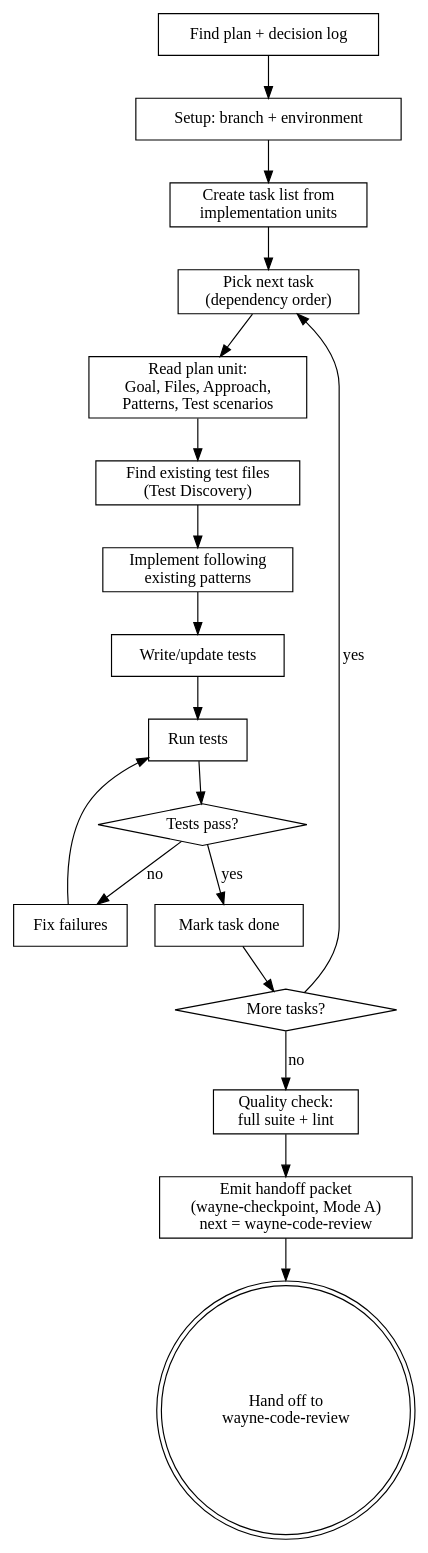
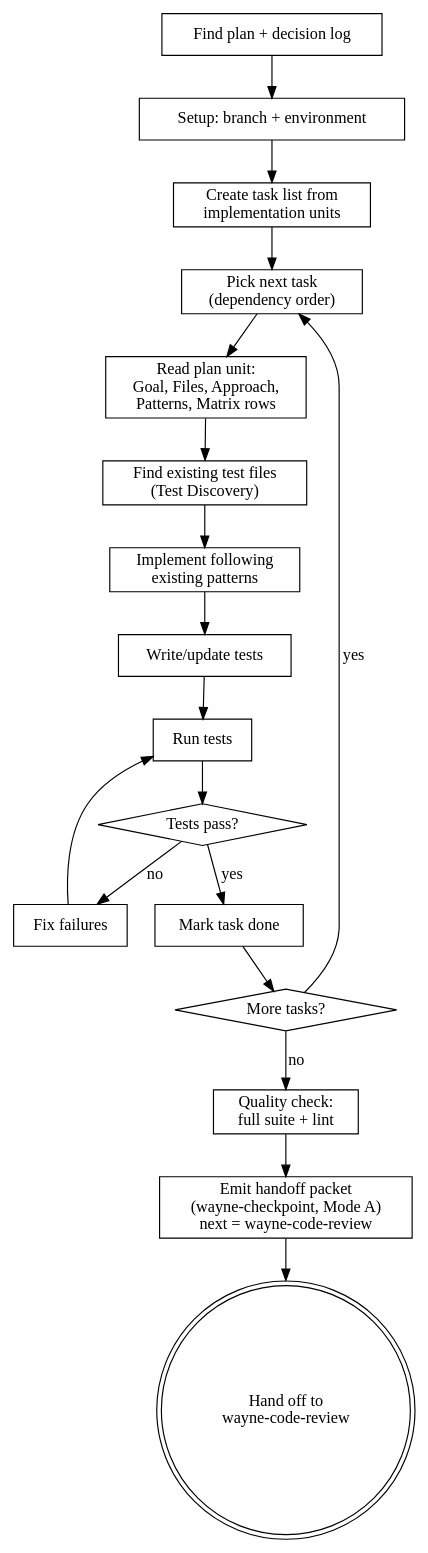
The first of 2 diagrams in wayne-work/SKILL.md (waynejing995/wayne-taste), drawn with Graphviz before and after one commit. The commit also changed other lines of this file and 7 other files, not shown here.

````diff
--- a/wayne-work/SKILL.md
+++ b/wayne-work/SKILL.md
@@ -41,40 +41,40 @@
 ```dot
 digraph work {
     rankdir=TB;
 
     "Find plan + decision log" [shape=box];
     "Setup: branch + environment" [shape=box];
     "Create task list from\nimplementation units" [shape=box];
     "Pick next task\n(dependency order)" [shape=box];
-    "Read plan unit:\nGoal, Files, Approach,\nPatterns, Test scenarios" [shape=box];
+    "Read plan unit:\nGoal, Files, Approach,\nPatterns, Matrix rows" [shape=box];
     "Find existing test files\n(Test Discovery)" [shape=box];
     "Implement following\nexisting patterns" [shape=box];
     "Write/update tests" [shape=box];
     "Run tests" [shape=box];
     "Tests pass?" [shape=diamond];
     "Fix failures" [shape=box];
     "Mark task done" [shape=box];
     "More tasks?" [shape=diamond];
     "Quality check:\nfull suite + lint" [shape=box];
     "Emit handoff packet\n(wayne-checkpoint, Mode A)\nnext = wayne-code-review" [shape=box];
     "Hand off to\nwayne-code-review" [shape=doublecircle];
 
     "Find plan + decision log" -> "Setup: branch + environment";
     "Setup: branch + environment" -> "Create task list from\nimplementation units";
     "Create task list from\nimplementation units" -> "Pick next task\n(dependency order)";
-    "Pick next task\n(dependency order)" -> "Read plan unit:\nGoal, Files, Approach,\nPatterns, Test scenarios";
-    "Read plan unit:\nGoal, Files, Approach,\nPatterns, Test scenarios" -> "Find existing test files\n(Test Discovery)";
+    "Pick next task\n(dependency order)" -> "Read plan unit:\nGoal, Files, Approach,\nPatterns, Matrix rows";
+    "Read plan unit:\nGoal, Files, Approach,\nPatterns, Matrix rows" -> "Find existing test files\n(Test Discovery)";
     "Find existing test files\n(Test Discovery)" -> "Implement following\nexisting patterns";
     "Implement following\nexisting patterns" -> "Write/update tests";
     "Write/update tests" -> "Run tests";
     "Run tests" -> "Tests pass?";
     "Tests pass?" -> "Mark task done" [label="yes"];
     "Tests pass?" -> "Fix failures" [label="no"];
     "Fix failures" -> "Run tests";
     "Mark task done" -> "More tasks?";
     "More tasks?" -> "Pick next task\n(dependency order)" [label="yes"];
     "More tasks?" -> "Quality check:\nfull suite + lint" [label="no"];
     "Quality check:\nfull suite + lint" -> "Emit handoff packet\n(wayne-checkpoint, Mode A)\nnext = wayne-code-review";
     "Emit handoff packet\n(wayne-checkpoint, Mode A)\nnext = wayne-code-review" -> "Hand off to\nwayne-code-review";
 }
 ```
````
